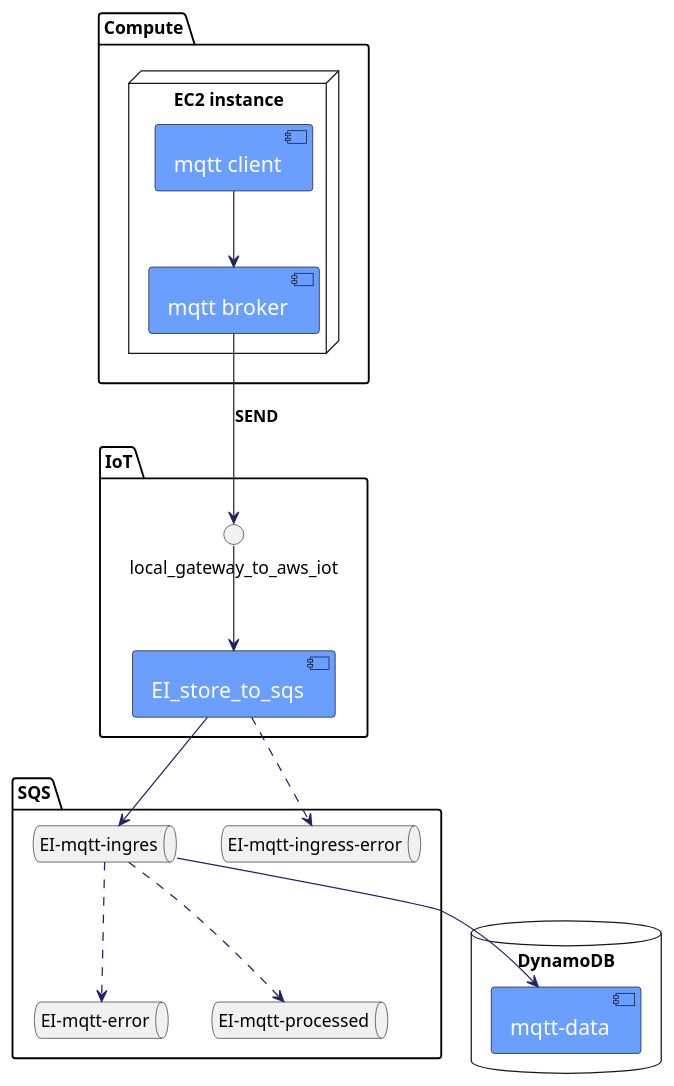
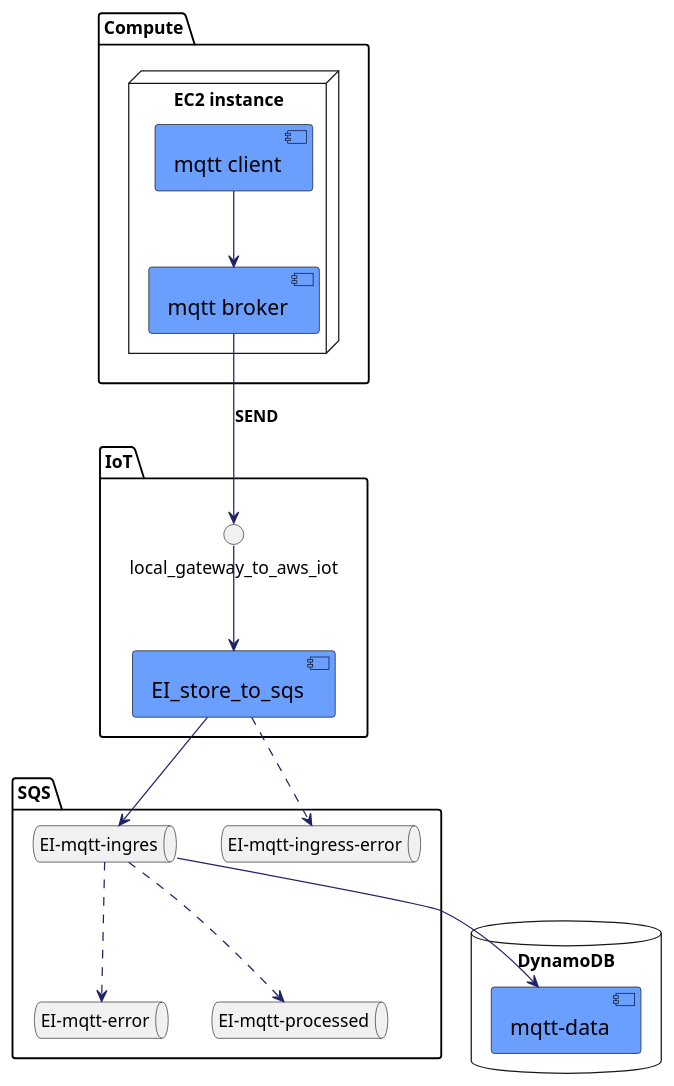
Before and after one commit to petruzeb/ie-documentation: the diagram in uml/mqtt-broker.puml, drawn with PlantUML. The commit also changed 1 other file, not shown here.

```diff
--- a/uml/mqtt-broker.puml
+++ b/uml/mqtt-broker.puml
@@ -1,51 +1,51 @@
 @startuml
 
 skinparam component {
-    FontColor          blackπ
+    FontColor          black
     AttributeFontColor black
     FontSize           17
     AttributeFontSize  15
     AttributeFontname  Droid Sans Mono
     BackgroundColor    #6A9EFF
     BorderColor        black
     ArrowColor         #222266
 }
 
 skinparam componentStyle uml2
 
     package "Compute" {
 	    node "EC2 instance" {
 		    [mqtt broker]
             [mqtt client]
 	    }
     }
 
     package "IoT" {
         interface "local_gateway_to_aws_iot" as Act
         ["EI_store_to_sqs"]
         [mqtt broker] --> Act: **SEND**
 	}
 
     package "SQS" {
         queue "EI-mqtt-ingres" as IngressQ
         queue "EI-mqtt-error" as ErrorQ
         queue "EI-mqtt-processed" as ProcessedQ
         queue "EI-mqtt-ingress-error" as IngressErrorQ
         
 	}
 
 
     database "DynamoDB" {
         ["mqtt-data"] 
 
 	}
 
 [mqtt client] --> [mqtt broker]
 Act --> ["EI_store_to_sqs"]
 ["EI_store_to_sqs"] --> IngressQ
 ["EI_store_to_sqs"] ..> IngressErrorQ
 IngressQ ..> ErrorQ
 IngressQ ..> ProcessedQ
 IngressQ --> ["mqtt-data"]
 
 @enduml
```
